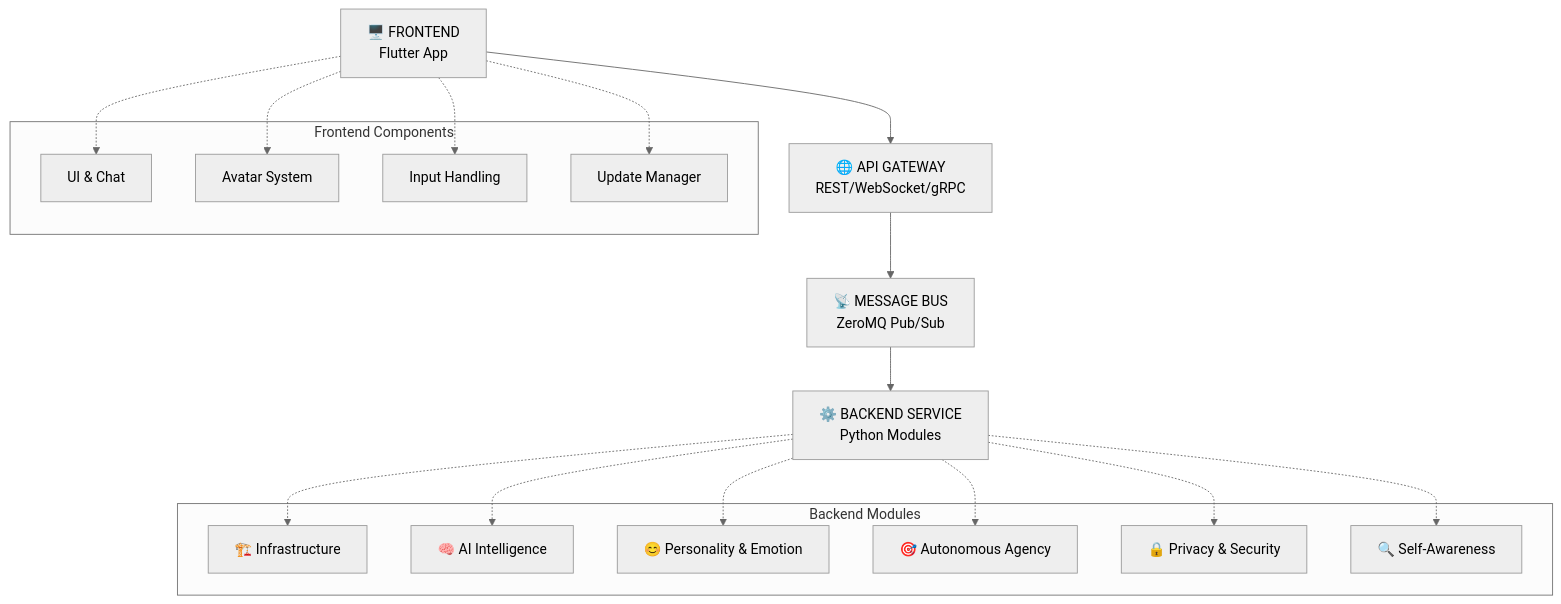
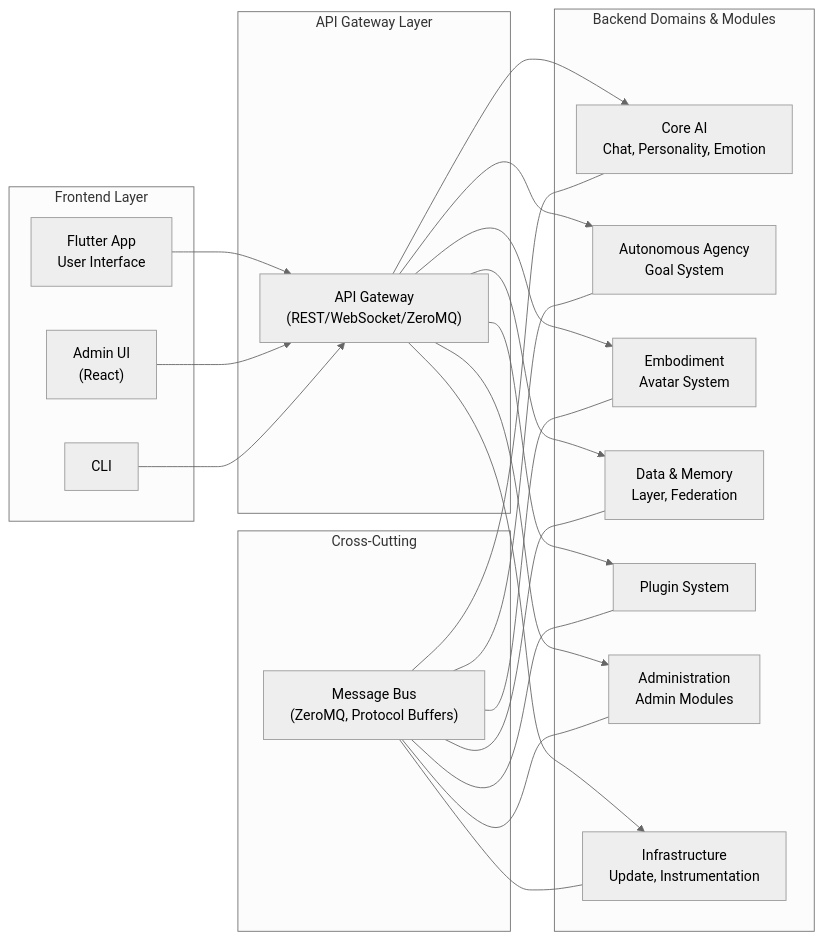
One commit to boeni-industries/aico changed the diagram in docs/architecture/architecture_overview.md. Above: the diagram before and after it, drawn with Mermaid (neutral theme). The commit also changed other lines of this file and 53 other files, not shown here.

Commit message:
docs: add more sections on admin, architecture and security

````diff
--- a/docs/architecture/architecture_overview.md
+++ b/docs/architecture/architecture_overview.md
@@ -237,34 +297,47 @@
 ```mermaid
-flowchart TD
-    F["🖥️ FRONTEND<br/>Flutter App"] --> G["🌐 API GATEWAY<br/>REST/WebSocket/gRPC"]
-    G --> M["📡 MESSAGE BUS<br/>ZeroMQ Pub/Sub"]
-    M --> B["⚙️ BACKEND SERVICE<br/>Python Modules"]
-    
-    subgraph "Frontend Components"
-        F1["UI & Chat"]
-        F2["Avatar System"]
-        F3["Input Handling"]
-        F4["Update Manager"]
+flowchart LR
+    subgraph Frontend [Frontend Layer]
+        UI["Flutter App<br/>User Interface"]
+        ADMIN_UI["Admin UI<br/>(React)"]
+        CLI["CLI"]
     end
-    
-    subgraph "Backend Modules"
-        B1["🏗️ Infrastructure"]
-        B2["🧠 AI Intelligence"]
-        B3["😊 Personality & Emotion"]
-        B4["🎯 Autonomous Agency"]
-        B5["🔒 Privacy & Security"]
-        B6["🔍 Self-Awareness"]
+
+    subgraph Gateway [API Gateway Layer]
+        APIGW["API Gateway<br/>(REST/WebSocket/ZeroMQ)"]
     end
-    
-    F -.-> F1
-    F -.-> F2
-    F -.-> F3
-    F -.-> F4
-    
-    B -.-> B1
-    B -.-> B2
-    B -.-> B3
-    B -.-> B4
-    B -.-> B5
-    B -.-> B6
+
+    subgraph Backend [Backend Domains & Modules]
+        CORE_AI["Core AI<br/>Chat, Personality, Emotion"]
+        AUTONOMY["Autonomous Agency<br/>Goal System"]
+        EMBODIMENT["Embodiment<br/>Avatar System"]
+        DATA["Data & Memory<br/>Layer, Federation"]
+        PLUGIN["Plugin System"]
+        ADMIN_DOMAIN["Administration<br/>Admin Modules"]
+        INFRA["Infrastructure<br/>Update, Instrumentation"]
+    end
+
+    subgraph Infra [Cross-Cutting]
+        BUS["Message Bus<br/>(ZeroMQ, Protocol Buffers)"]
+    end
+
+    %% Connections
+    UI --> APIGW
+    ADMIN_UI --> APIGW
+    CLI --> APIGW
+
+    APIGW --> CORE_AI
+    APIGW --> AUTONOMY
+    APIGW --> EMBODIMENT
+    APIGW --> DATA
+    APIGW --> PLUGIN
+    APIGW --> ADMIN_DOMAIN
+    APIGW --> INFRA
+
+    BUS --- CORE_AI
+    BUS --- AUTONOMY
+    BUS --- EMBODIMENT
+    BUS --- DATA
+    BUS --- PLUGIN
+    BUS --- ADMIN_DOMAIN
+    BUS --- INFRA
 ```
````
